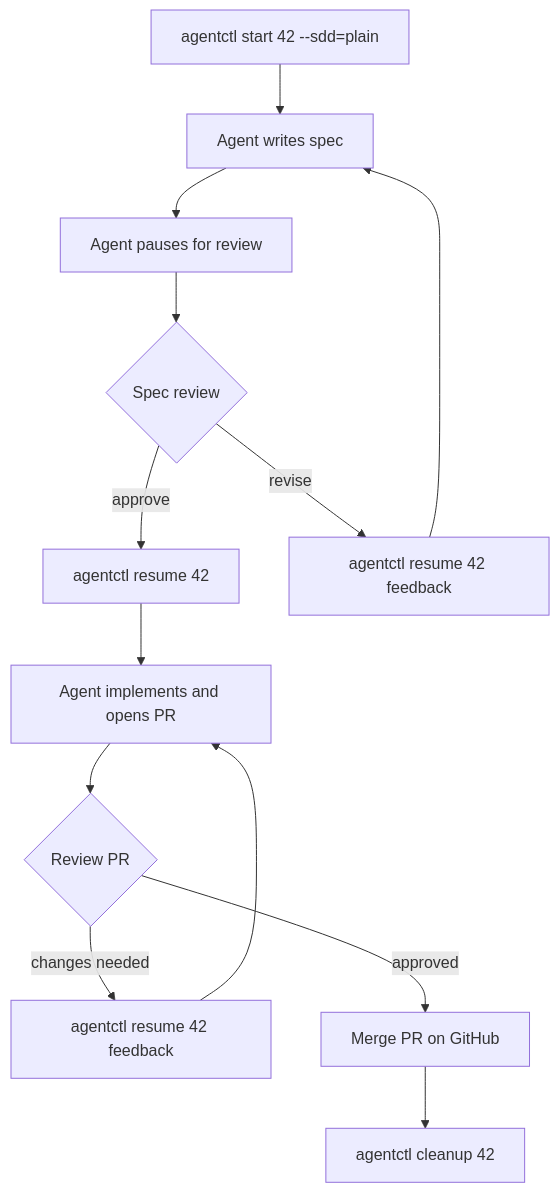
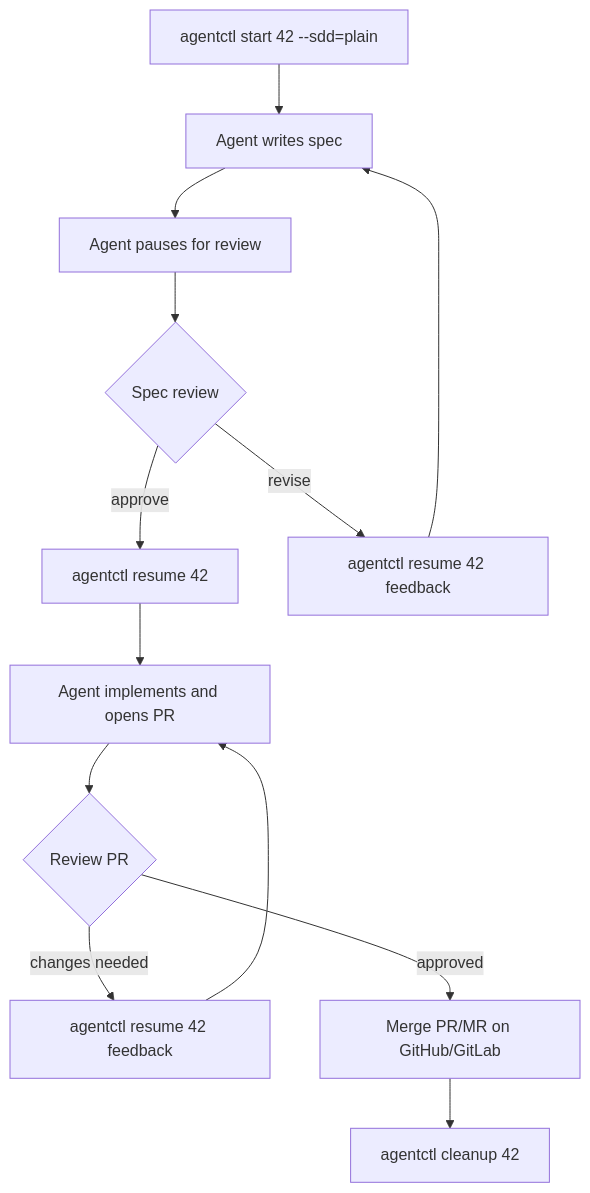
One commit to arun-gupta/agentctl changed the fourth of 4 diagrams in docs/cli.md. Above: the diagram before and after it, drawn with Mermaid. The commit also changed other lines of this file and 1 other file, not shown here.

First line of the commit message:
docs: update README and cli.md to reflect GitLab support

````diff
--- a/docs/cli.md
+++ b/docs/cli.md
@@ -147,15 +148,15 @@
 ```mermaid
 flowchart TD
     A[agentctl start 42 --sdd=plain] --> B[Agent writes spec]
     B --> C[Agent pauses for review]
     C --> D{Spec review}
     D -- approve --> E[agentctl resume 42]
     D -- revise --> F[agentctl resume 42 feedback]
     F --> B
     E --> G[Agent implements and opens PR]
     G --> H{Review PR}
     H -- changes needed --> I[agentctl resume 42 feedback]
     I --> G
-    H -- approved --> J[Merge PR on GitHub]
+    H -- approved --> J[Merge PR/MR on GitHub/GitLab]
     J --> K[agentctl cleanup 42]
 ```
````
